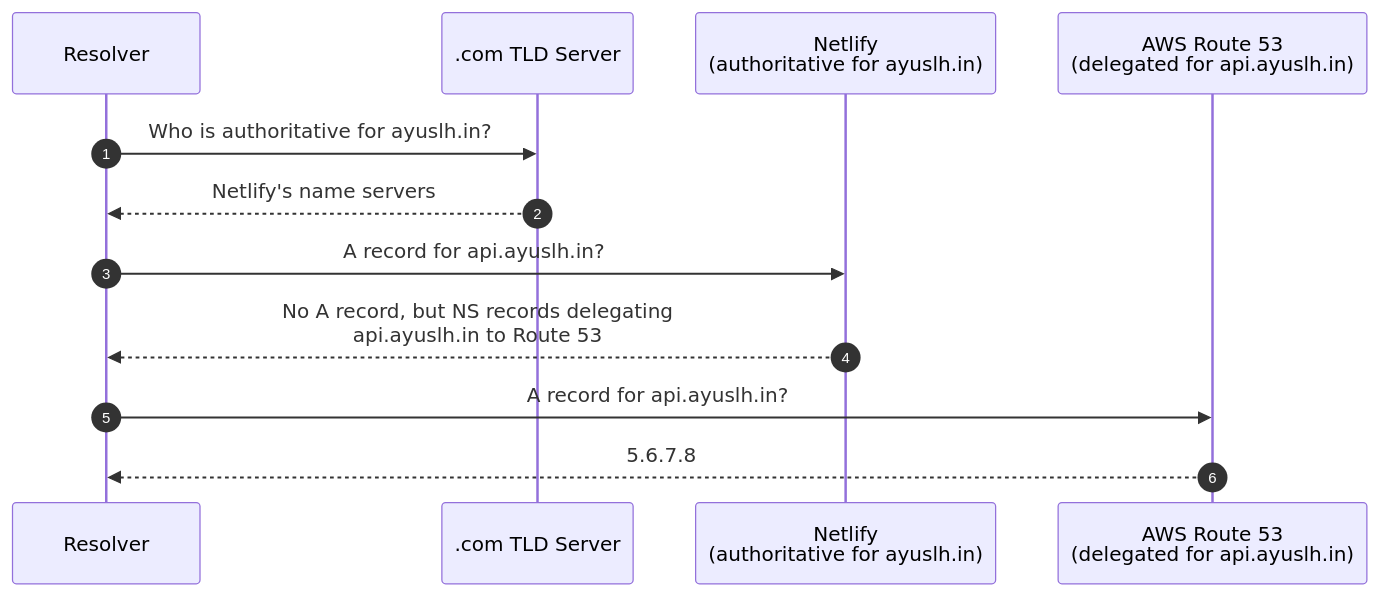
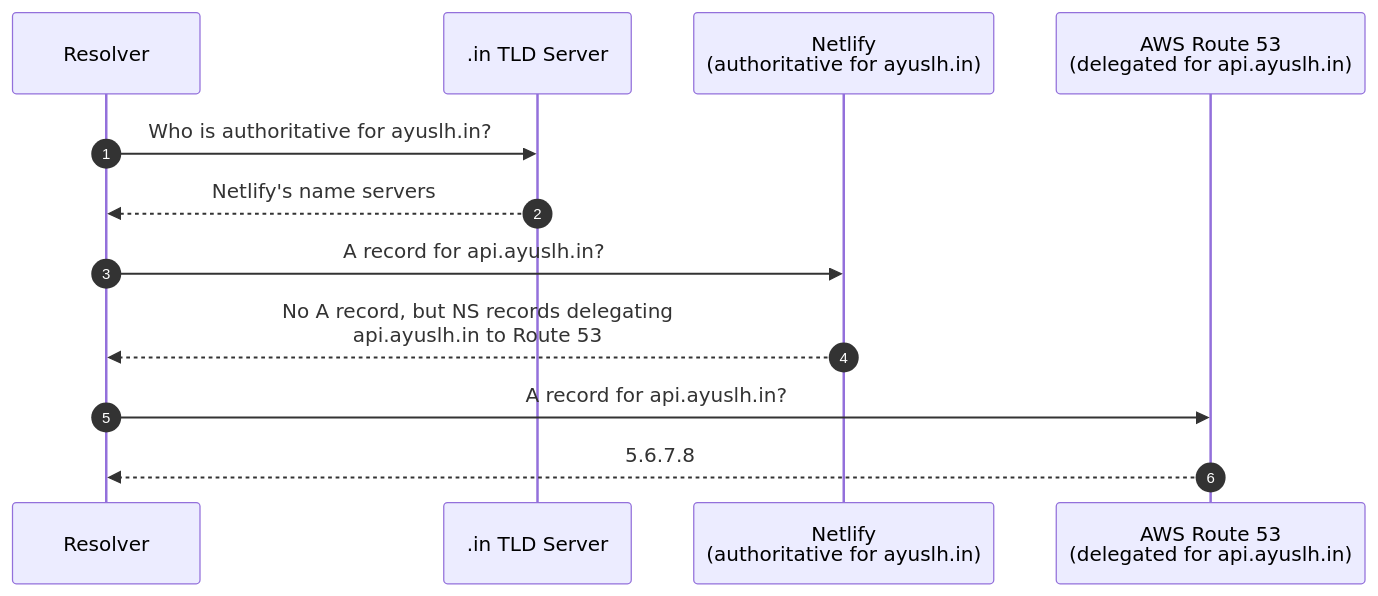
One commit to ayuslharora/blog-ayuslh changed the third of 5 diagrams in content/posts/networking/ch24-dns-record-types.mdx. Above: the diagram before and after it, drawn with Mermaid. The commit also changed other lines of this file, not shown here.

Commit message:
Clarify CNAME chains, MX same-vs-cross-server flow, NS delegation, and PTR ownership

````diff
--- a/content/posts/networking/ch24-dns-record-types.mdx
+++ b/content/posts/networking/ch24-dns-record-types.mdx
@@ -135,15 +145,15 @@
 ```mermaid
 sequenceDiagram
     autonumber
     participant Resolver
-    participant TLD as .com TLD Server
+    participant TLD as .in TLD Server
     participant Netlify as Netlify<br/>(authoritative for ayuslh.in)
     participant Route53 as AWS Route 53<br/>(delegated for api.ayuslh.in)
 
     Resolver->>TLD: Who is authoritative for ayuslh.in?
     TLD-->>Resolver: Netlify's name servers
     Resolver->>Netlify: A record for api.ayuslh.in?
     Netlify-->>Resolver: No A record, but NS records delegating<br/>api.ayuslh.in to Route 53
     Resolver->>Route53: A record for api.ayuslh.in?
     Route53-->>Resolver: 5.6.7.8
 ```
````
